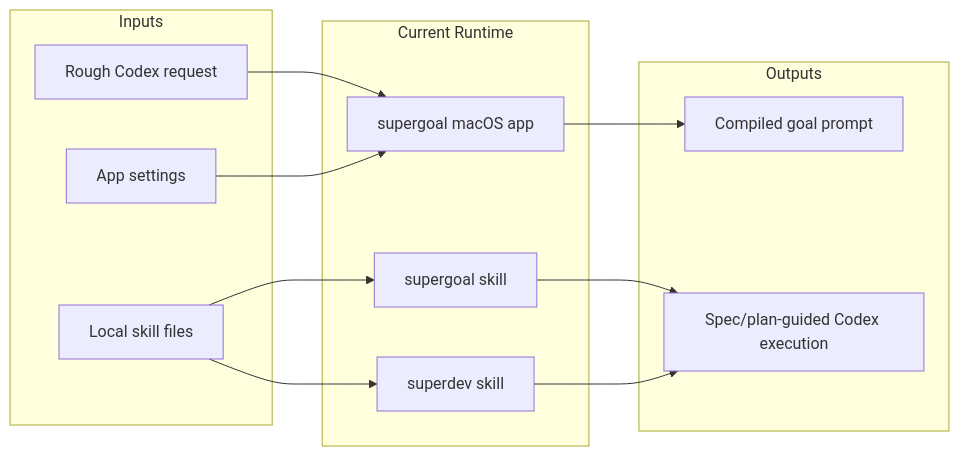
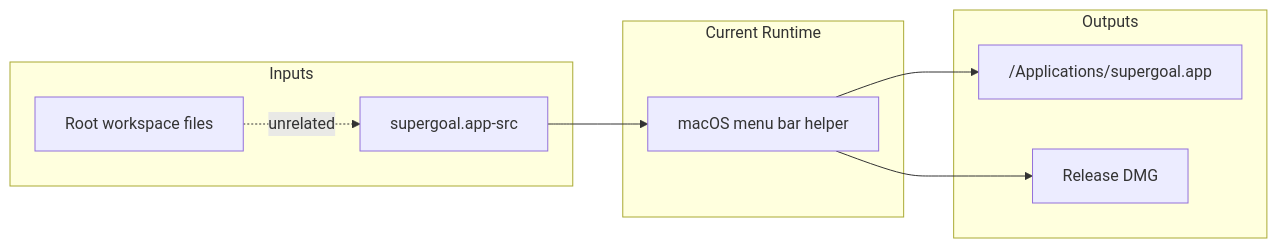
Before and after one commit to fightheyyy/SuperGoal: the first of 2 diagrams in SPEC.md, drawn with Mermaid. The commit also changed other lines of this file and 15 other files, not shown here.

Commit message:
Polish icons and package SuperGoal as DMG

````diff
--- a/SPEC.md
+++ b/SPEC.md
@@ -12,27 +12,21 @@
 ```mermaid
 flowchart LR
     subgraph Inputs["Inputs"]
-        A["Rough Codex request"]
-        B["Local skill files"]
-        C["App settings"]
+        A["Root workspace files"]
+        B["supergoal.app-src"]
     end
 
     subgraph Runtime["Current Runtime"]
-        D["supergoal macOS app"]
-        E["supergoal skill"]
-        F["superdev skill"]
+        C["macOS menu bar helper"]
     end
 
     subgraph Outputs["Outputs"]
-        G["Compiled goal prompt"]
-        H["Spec/plan-guided Codex execution"]
+        D["/Applications/supergoal.app"]
+        E["Release DMG"]
     end
 
-    A --> D
+    B --> C
     C --> D
-    D --> G
-    B --> E
-    B --> F
-    E --> H
-    F --> H
+    C --> E
+    A -. unrelated .-> B
 ```
````
